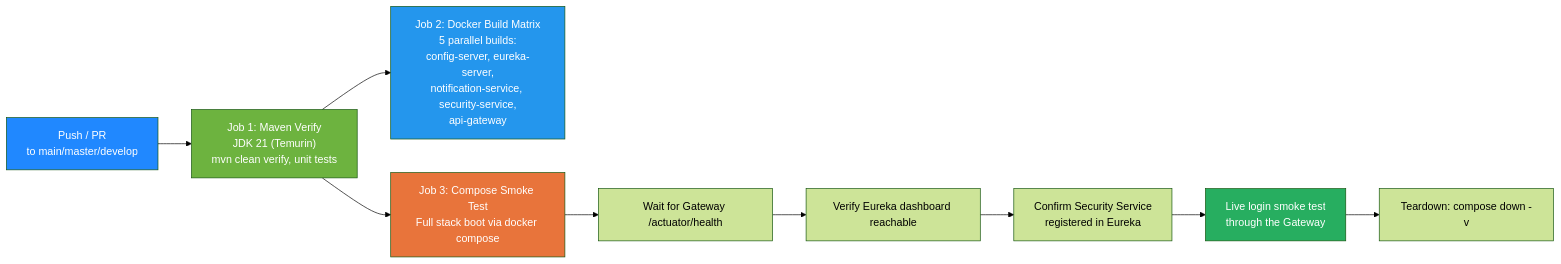
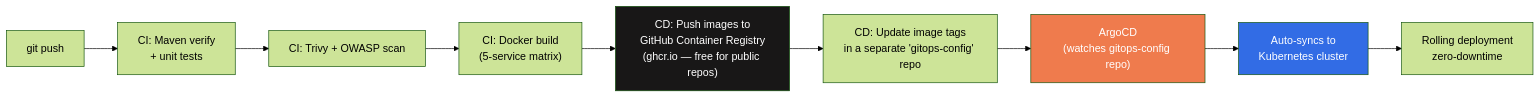
Before and after one commit to amarenderreddyvoladri/production-prototype-security-template: the ninth of 13 diagrams in README.md, drawn with Mermaid (forest theme). The commit also changed other lines of this file, not shown here.

Commit message:
docs: update README with comprehensive system architecture, security hardening details, and 9-phase roadmap

````diff
--- a/README.md
+++ b/README.md
@@ -371,17 +534,15 @@
 ```mermaid
 flowchart LR
-    A["Push / PR<br/>to main/master/develop"] --> B["Job 1: Maven Verify<br/>JDK 21 (Temurin)<br/>mvn clean verify, unit tests"]
-    B --> C["Job 2: Docker Build Matrix<br/>5 parallel builds:<br/>config-server, eureka-server,<br/>notification-service, security-service,<br/>api-gateway"]
-    B --> D["Job 3: Compose Smoke Test<br/>Full stack boot via docker compose"]
-    D --> E["Wait for Gateway /actuator/health"]
-    E --> F["Verify Eureka dashboard reachable"]
-    F --> G["Confirm Security Service<br/>registered in Eureka"]
-    G --> H["Live login smoke test<br/>through the Gateway"]
-    H --> I["Teardown: compose down -v"]
+    A["git push"] --> B["CI: Maven verify\n+ unit tests"]
+    B --> C["CI: Trivy + OWASP scan"]
+    C --> D["CI: Docker build\n(5-service matrix)"]
+    D --> E["CD: Push images to\nGitHub Container Registry\n(ghcr.io — free for public repos)"]
+    E --> F["CD: Update image tags\nin a separate 'gitops-config' repo"]
+    F --> G["ArgoCD\n(watches gitops-config repo)"]
+    G --> H["Auto-syncs to\nKubernetes cluster"]
+    H --> I["Rolling deployment\nzero-downtime"]
 
-    style A fill:#2088FF,color:#fff
-    style B fill:#6DB33F,color:#fff
-    style C fill:#2496ED,color:#fff
-    style D fill:#E8743B,color:#fff
-    style H fill:#27AE60,color:#fff
+    style E fill:#181717,color:#fff
+    style G fill:#EF7B4D,color:#fff
+    style H fill:#326CE5,color:#fff
 ```
````
